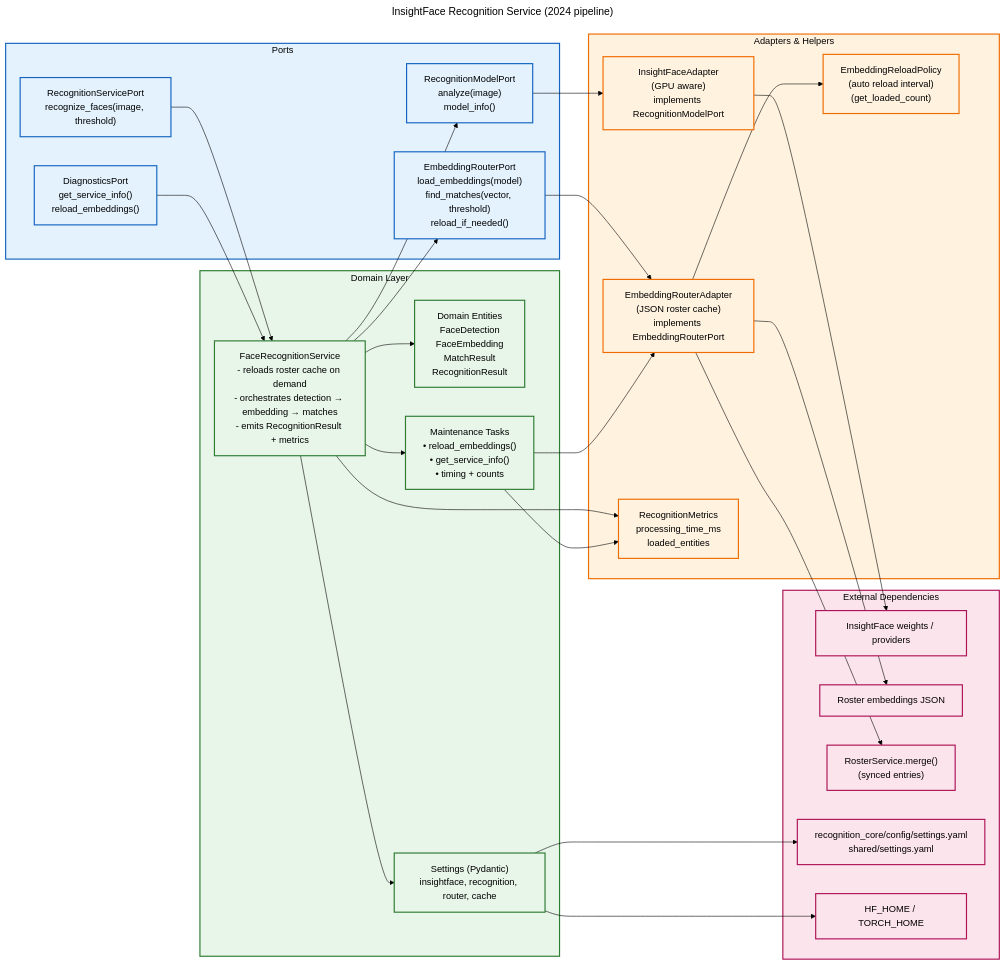
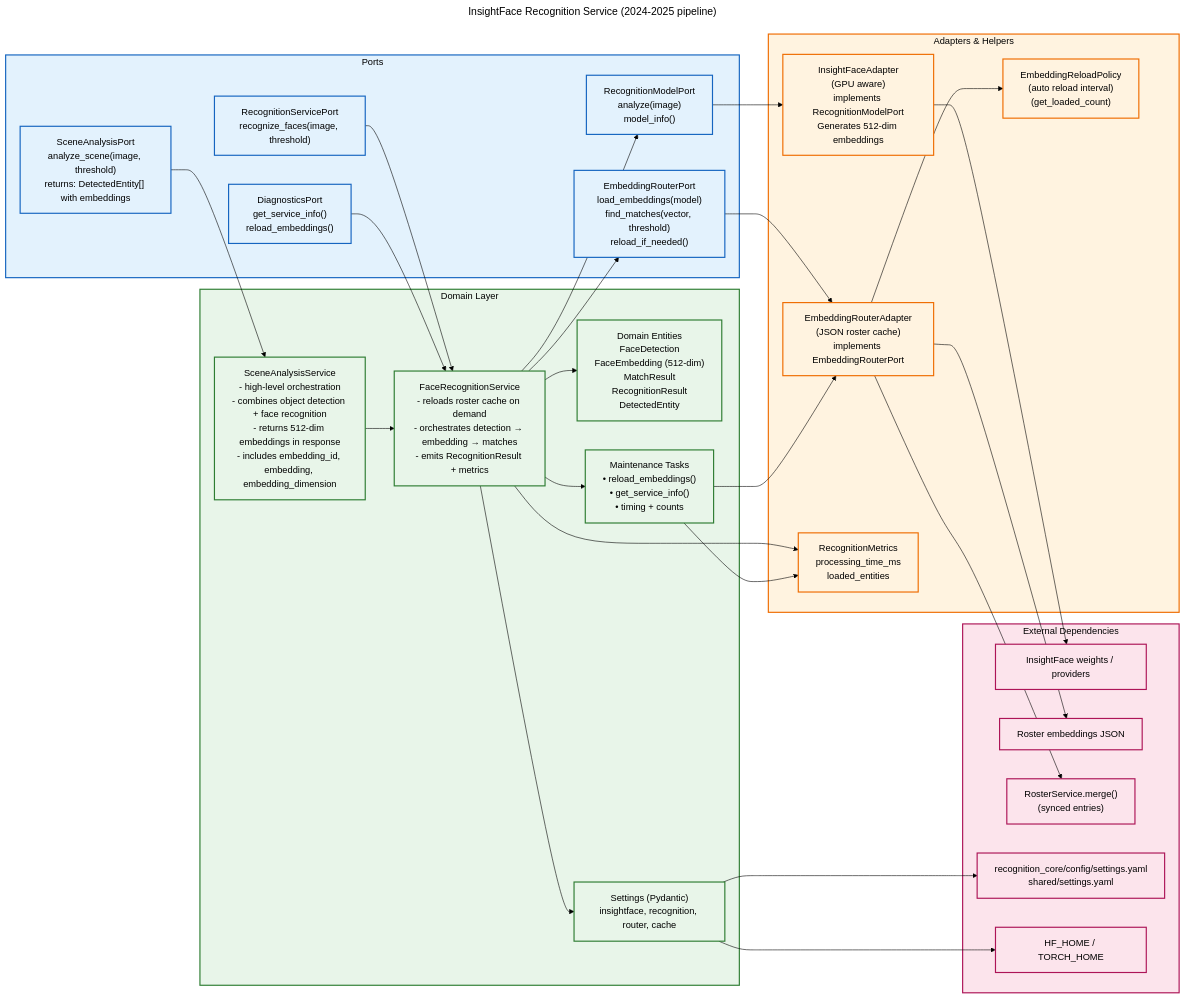
One commit to darce/context-alt-text-monorepo changed the diagram in docs/architecture/backend-uml/recognition_service.mermaid. Above: the diagram before and after it, drawn with Mermaid (forest theme). The commit also changed 27 other files, not shown here.

Commit message:
docs(architecture): refresh face clustering UML and roadmaps

```diff
--- a/docs/architecture/backend-uml/recognition_service.mermaid
+++ b/docs/architecture/backend-uml/recognition_service.mermaid
@@ -1,63 +1,67 @@
 ---
-title: InsightFace Recognition Service (2024 pipeline)
+title: InsightFace Recognition Service (2024-2025 pipeline)
 ---
 flowchart LR
     subgraph ports["Ports"]
         recognition_port["RecognitionServicePort\nrecognize_faces(image, threshold)"]
         diagnostics_port["DiagnosticsPort\nget_service_info()\nreload_embeddings()"]
         model_port["RecognitionModelPort\nanalyze(image)\nmodel_info()"]
         embedding_port["EmbeddingRouterPort\nload_embeddings(model)\nfind_matches(vector, threshold)\nreload_if_needed()"]; 
+        scene_analysis_port["SceneAnalysisPort\nanalyze_scene(image, threshold)\nreturns: DetectedEntity[] with embeddings"]
     end
 
     subgraph domain["Domain Layer"]
         recognition_service["FaceRecognitionService\n- reloads roster cache on demand\n- orchestrates detection → embedding → matches\n- emits RecognitionResult + metrics"]
-        recognition_entities["Domain Entities\nFaceDetection\nFaceEmbedding\nMatchResult\nRecognitionResult"]
+        scene_analysis_service["SceneAnalysisService\n- high-level orchestration\n- combines object detection + face recognition\n- returns 512-dim embeddings in response\n- includes embedding_id, embedding, embedding_dimension"]
+        recognition_entities["Domain Entities\nFaceDetection\nFaceEmbedding (512-dim)\nMatchResult\nRecognitionResult\nDetectedEntity"]
         recognition_settings["Settings (Pydantic)\ninsightface, recognition, router, cache"]
         maintenance_tasks["Maintenance Tasks\n• reload_embeddings()\n• get_service_info()\n• timing + counts"]
     end
 
     subgraph adapters["Adapters & Helpers"]
-        insightface_adapter["InsightFaceAdapter\n(GPU aware)\nimplements RecognitionModelPort"]
+        insightface_adapter["InsightFaceAdapter\n(GPU aware)\nimplements RecognitionModelPort\nGenerates 512-dim embeddings"]
         embedding_router["EmbeddingRouterAdapter\n(JSON roster cache)\nimplements EmbeddingRouterPort"]
         reload_scheduler["EmbeddingReloadPolicy\n(auto reload interval)\n(get_loaded_count)"]
         metrics_helper["RecognitionMetrics\nprocessing_time_ms\nloaded_entities"]
     end
 
     subgraph external["External Dependencies"]
         insightface_weights["InsightFace weights / providers"]
         embeddings_file["Roster embeddings JSON"]
         roster_index["RosterService.merge()\n(synced entries)"]
         settings_yaml["recognition_core/config/settings.yaml\nshared/settings.yaml"]
         cache_dirs["HF_HOME / TORCH_HOME"]
     end
 
     recognition_port --> recognition_service
     diagnostics_port --> recognition_service
+    scene_analysis_port --> scene_analysis_service
+    scene_analysis_service --> recognition_service
     recognition_service --> recognition_entities
     recognition_service --> recognition_settings
     recognition_service --> maintenance_tasks
     recognition_service --> model_port
     recognition_service --> embedding_port
     recognition_service --> metrics_helper
 
     model_port --> insightface_adapter
     embedding_port --> embedding_router
     embedding_router --> reload_scheduler
     maintenance_tasks --> embedding_router
     maintenance_tasks --> metrics_helper
 
     insightface_adapter --> insightface_weights
     embedding_router --> embeddings_file
     embedding_router --> roster_index
     recognition_settings --> settings_yaml
     recognition_settings --> cache_dirs
 
     classDef portsClass fill:#e3f2fd,stroke:#1565c0,color:#000,stroke-width:2px
     classDef domainClass fill:#e8f5e9,stroke:#2e7d32,color:#000,stroke-width:2px
     classDef adapterClass fill:#fff3e0,stroke:#ef6c00,color:#000,stroke-width:2px
     classDef externalClass fill:#fce4ec,stroke:#ad1457,color:#000,stroke-width:2px
 
-    class ports,recognition_port,diagnostics_port,model_port,embedding_port portsClass
-    class domain,recognition_service,recognition_entities,recognition_settings,maintenance_tasks domainClass
+    class ports,recognition_port,diagnostics_port,model_port,embedding_port,scene_analysis_port portsClass
+    class domain,recognition_service,scene_analysis_service,recognition_entities,recognition_settings,maintenance_tasks domainClass
     class adapters,insightface_adapter,embedding_router,reload_scheduler,metrics_helper adapterClass
     class external,insightface_weights,embeddings_file,roster_index,settings_yaml,cache_dirs externalClass
```
